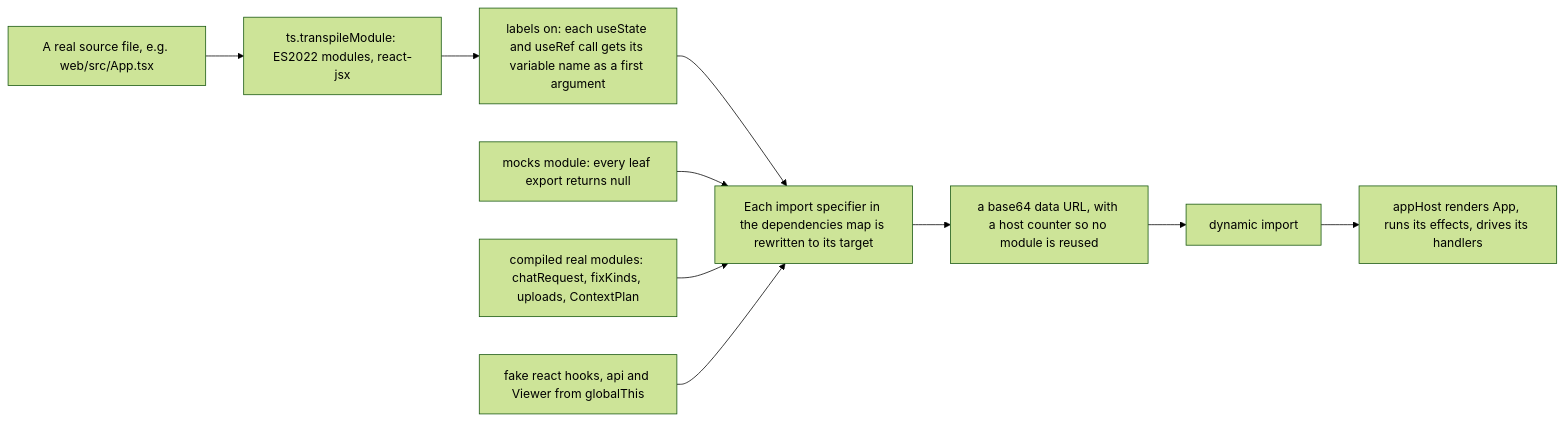
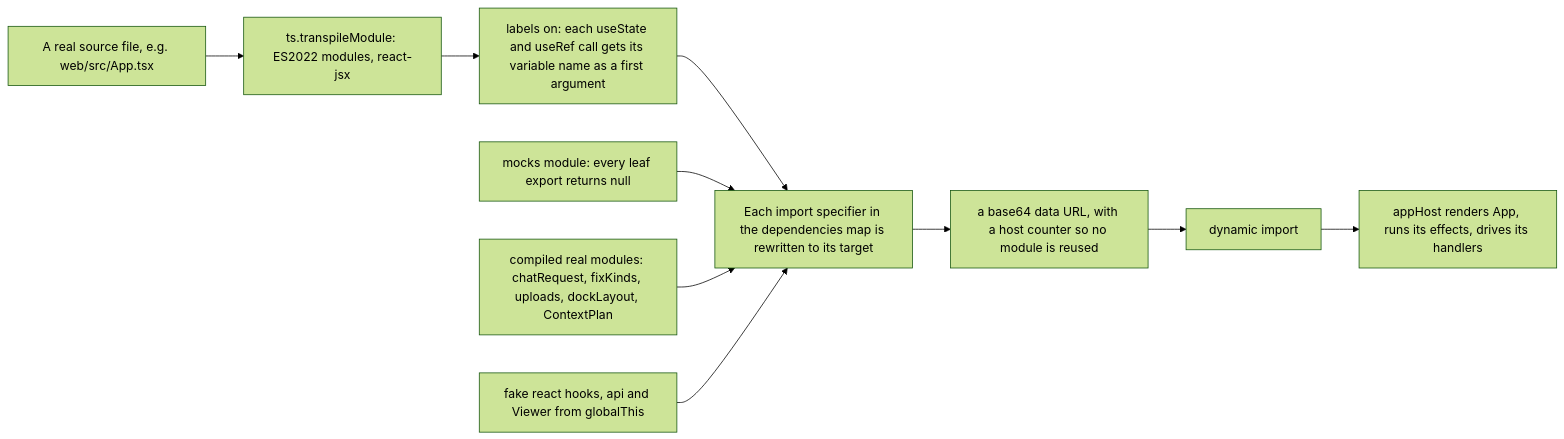
The first of 2 diagrams in docs/architecture/18-testing-and-evals.md (IssueLab-Inc/ORCA), drawn with Mermaid (forest theme) before and after one commit. The commit also changed other lines of this file and 20 other files, not shown here.

````diff
--- a/docs/architecture/18-testing-and-evals.md
+++ b/docs/architecture/18-testing-and-evals.md
@@ -181,12 +181,12 @@
 ```mermaid
 flowchart LR
     src["A real source file, e.g. web/src/App.tsx"] --> tp["ts.transpileModule: ES2022 modules, react-jsx"]
     tp --> lab["labels on: each useState and useRef call gets its variable name as a first argument"]
     lab --> rw["Each import specifier in the dependencies map is rewritten to its target"]
     stubs["mocks module: every leaf export returns null"] --> rw
-    real["compiled real modules: chatRequest, fixKinds, uploads, ContextPlan"] --> rw
+    real["compiled real modules: chatRequest, fixKinds, uploads, dockLayout, ContextPlan"] --> rw
     fakes["fake react hooks, api and Viewer from globalThis"] --> rw
     rw --> url["a base64 data URL, with a host counter so no module is reused"]
     url --> imp["dynamic import"]
     imp --> host["appHost renders App, runs its effects, drives its handlers"]
 ```
````
